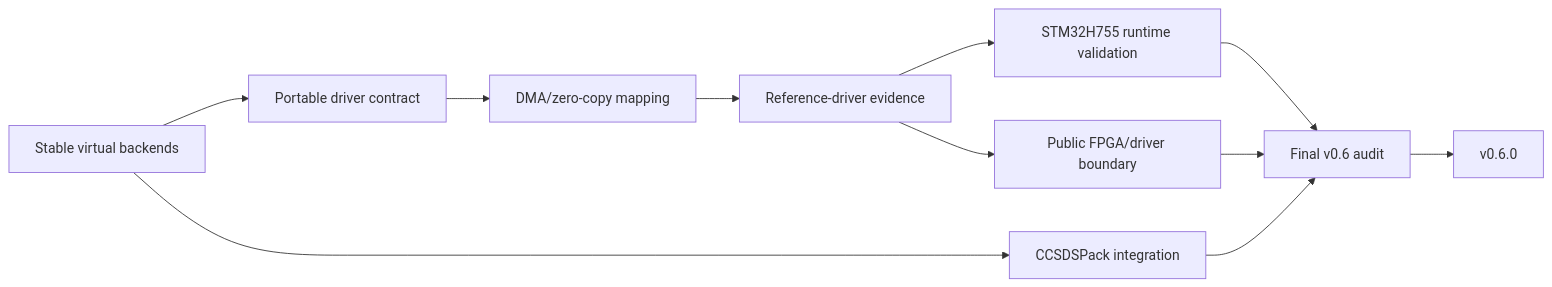
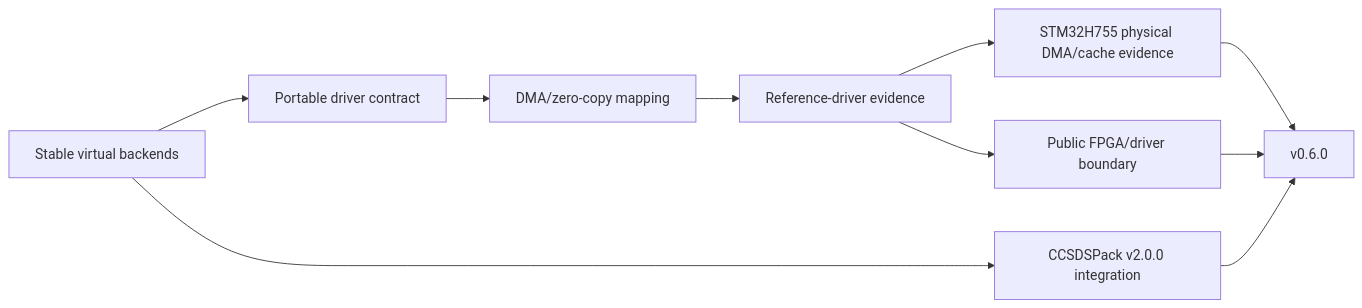
The diagram in docs/roadmap.md (ExoSpaceLabs/spwkit), drawn with Mermaid before and after one commit. The commit also changed other lines of this file and 5 other files, not shown here.

````diff
--- a/docs/roadmap.md
+++ b/docs/roadmap.md
@@ -48,13 +47,12 @@
 ```mermaid
 flowchart LR
     VIRT[Stable virtual backends] --> DRIVER[Portable driver contract]
     DRIVER --> DMA[DMA/zero-copy mapping]
     DMA --> REF[Reference-driver evidence]
-    REF --> STM[STM32H755 runtime validation]
+    REF --> STM[STM32H755 physical DMA/cache evidence]
     REF --> FPGA[Public FPGA/driver boundary]
-    VIRT --> CCSDS[CCSDSPack integration]
-    STM --> AUDIT[Final v0.6 audit]
-    FPGA --> AUDIT
-    CCSDS --> AUDIT
-    AUDIT --> REL[v0.6.0]
+    VIRT --> CCSDS[CCSDSPack v2.0.0 integration]
+    STM --> REL[v0.6.0]
+    FPGA --> REL
+    CCSDS --> REL
 ```
````
